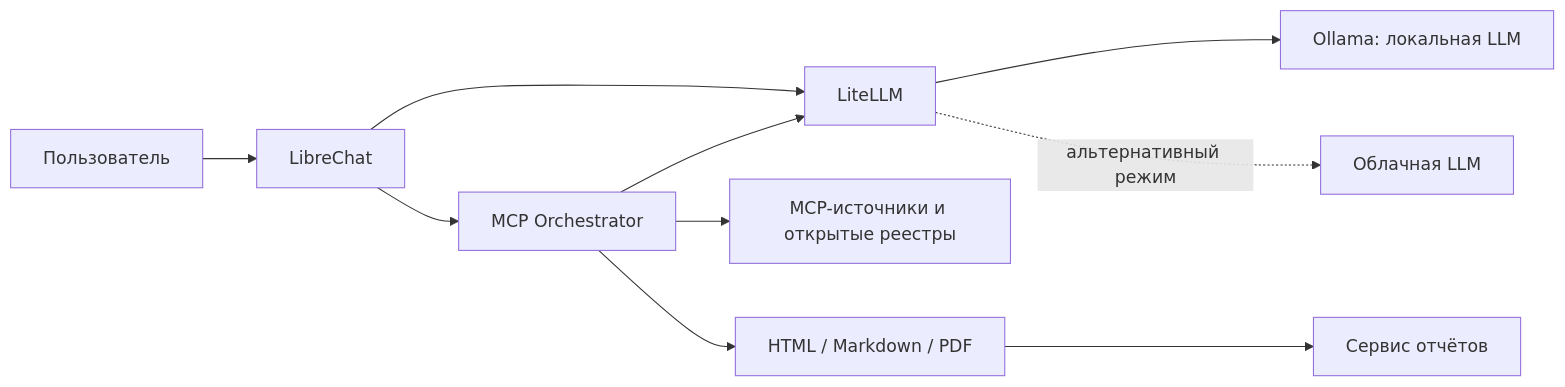
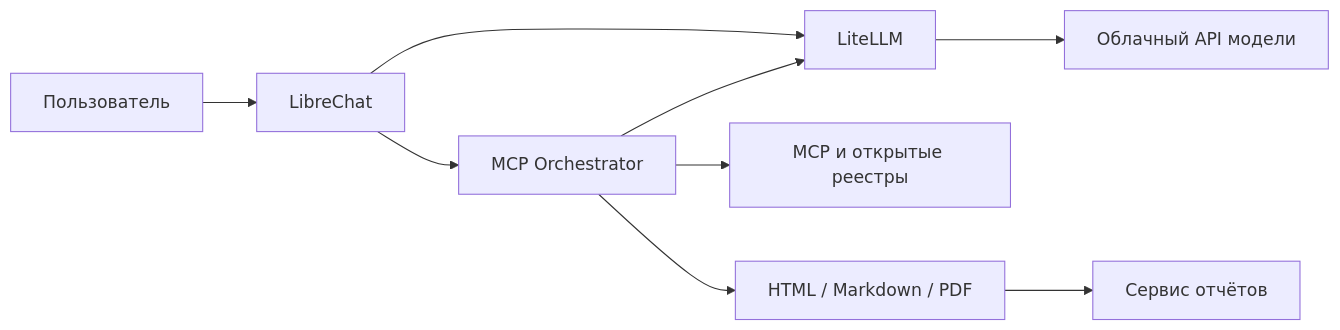
One commit to OSINTrepo/MCPUI changed the diagram in README.md. Above: the diagram before and after it, drawn with Mermaid. The commit also changed other lines of this file and 64 other files, not shown here.

````diff
--- a/README.md
+++ b/README.md
@@ -51,12 +33,11 @@
 ```mermaid
 flowchart LR
     User[Пользователь] --> UI[LibreChat]
     UI --> Gateway[LiteLLM]
-    Gateway --> Local[Ollama: локальная LLM]
-    Gateway -. альтернативный режим .-> Cloud[Облачная LLM]
+    Gateway --> Provider[Облачный API модели]
     UI --> Orchestrator[MCP Orchestrator]
-    Orchestrator --> Sources[MCP-источники и открытые реестры]
+    Orchestrator --> Sources[MCP и открытые реестры]
     Orchestrator --> Gateway
-    Orchestrator --> Files[HTML / Markdown / PDF]
-    Files --> Nginx[Сервис отчётов]
+    Orchestrator --> Reports[HTML / Markdown / PDF]
+    Reports --> Nginx[Сервис отчётов]
 ```
````
